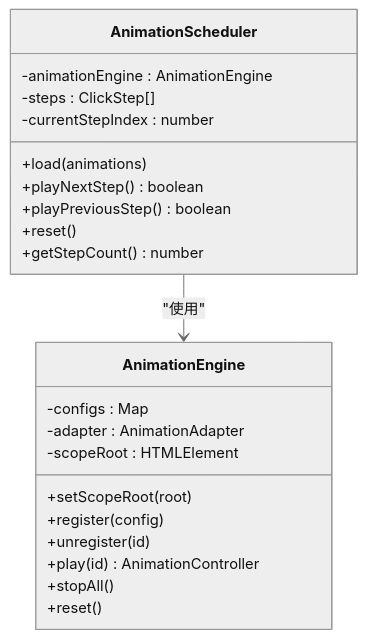
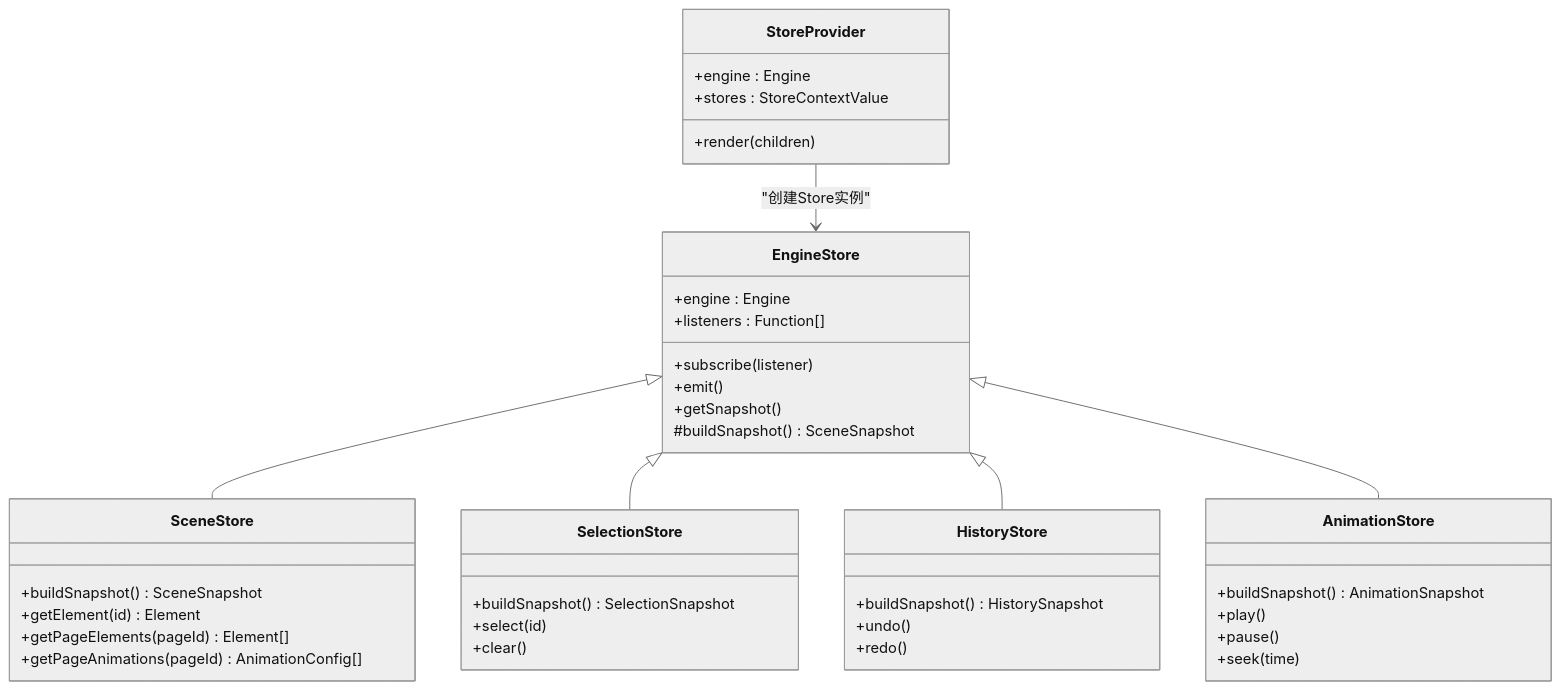
Before and after one commit to Anna0314zy/ai_editor_enginer: the ninth of 10 diagrams in .qoder/repowiki/zh/content/核心架构/组件交互.md, drawn with Mermaid (neutral theme). The commit also changed other lines of this file and 17 other files, not shown here.

````diff
--- a/.qoder/repowiki/zh/content/核心架构/组件交互.md
+++ b/.qoder/repowiki/zh/content/核心架构/组件交互.md
@@ -319,25 +452,43 @@
 ```mermaid
 classDiagram
-class AnimationEngine {
--configs : Map
--adapter : AnimationAdapter
--scopeRoot : HTMLElement
-+setScopeRoot(root)
-+register(config)
-+unregister(id)
-+play(id) AnimationController
-+stopAll()
-+reset()
+class StoreProvider {
++engine : Engine
++stores : StoreContextValue
++render(children)
 }
-class AnimationScheduler {
--animationEngine : AnimationEngine
--steps : ClickStep[]
--currentStepIndex : number
-+load(animations)
-+playNextStep() boolean
-+playPreviousStep() boolean
-+reset()
-+getStepCount() number
+class EngineStore {
++engine : Engine
++listeners : Function[]
++subscribe(listener)
++emit()
++getSnapshot()
+#buildSnapshot() SceneSnapshot
 }
-AnimationScheduler --> AnimationEngine : "使用"
+class SceneStore {
++buildSnapshot() SceneSnapshot
++getElement(id) Element
++getPageElements(pageId) Element[]
++getPageAnimations(pageId) AnimationConfig[]
+}
+class SelectionStore {
++buildSnapshot() SelectionSnapshot
++select(id)
++clear()
+}
+class HistoryStore {
++buildSnapshot() HistorySnapshot
++undo()
++redo()
+}
+class AnimationStore {
++buildSnapshot() AnimationSnapshot
++play()
++pause()
++seek(time)
+}
+StoreProvider --> EngineStore : "创建Store实例"
+EngineStore <|-- SceneStore
+EngineStore <|-- SelectionStore
+EngineStore <|-- HistoryStore
+EngineStore <|-- AnimationStore
 ```
````
